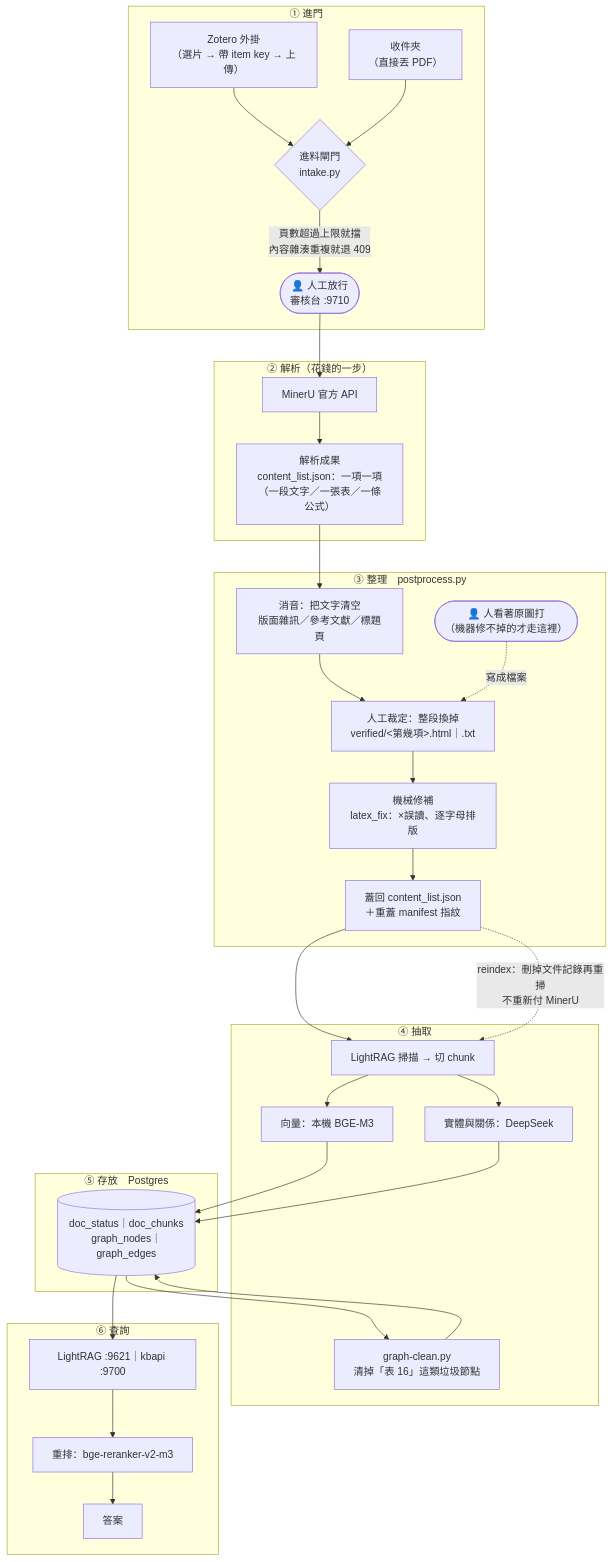
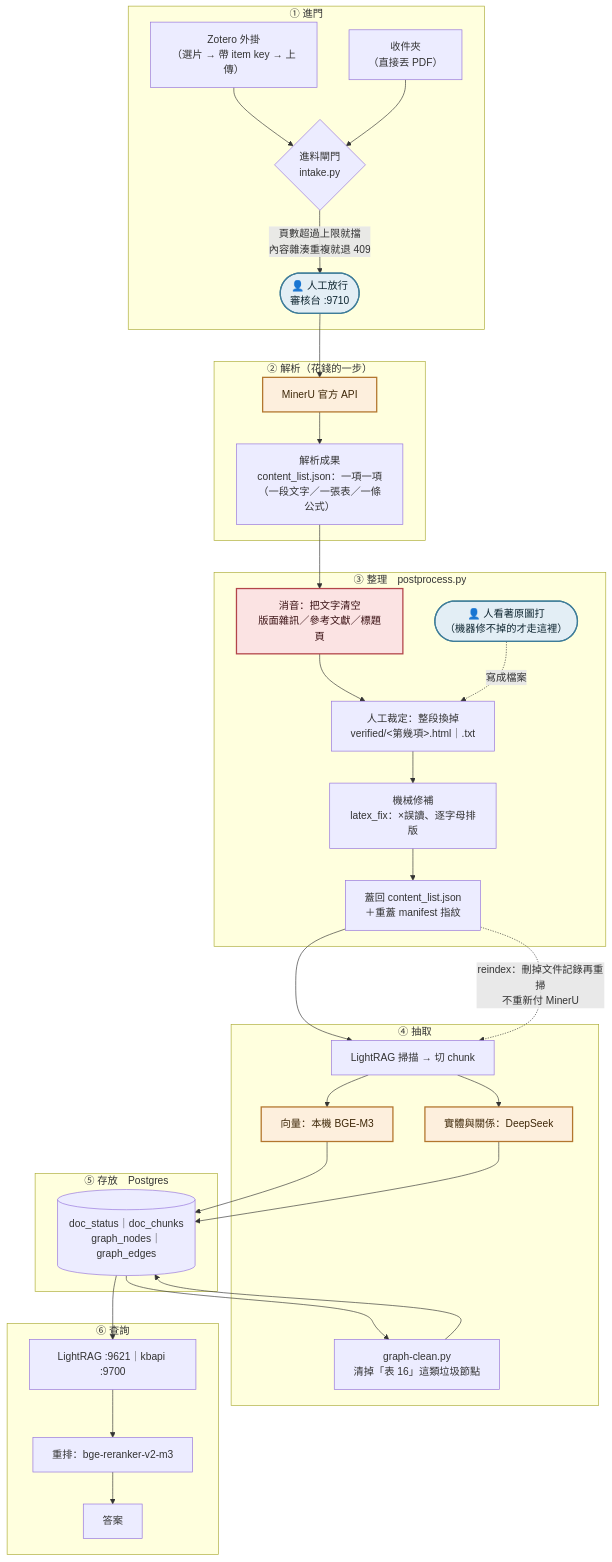
One commit to neknufelet/lightrag changed the first of 2 diagrams in cairn/pipeline.md. Above: the diagram before and after it, drawn with Mermaid. The commit also changed other lines of this file and 1 other file, not shown here.

First line of the commit message:
fix(cairn): 圖上有底色的框在深色模式看不見 —— 補上文字顏色

````diff
--- a/cairn/pipeline.md
+++ b/cairn/pipeline.md
@@ -26,62 +26,69 @@
 ```mermaid
 flowchart TD
     subgraph IN["① 進門"]
         Z["Zotero 外掛<br/>（選片 → 帶 item key → 上傳）"]
         INBOX["收件夾<br/>（直接丟 PDF）"]
         GATE1{"進料閘門<br/>intake.py"}
         HUMAN1(["👤 人工放行<br/>審核台 :9710"])
     end
 
     subgraph PARSE["② 解析（花錢的一步）"]
         MINERU["MinerU 官方 API"]
         RAW["解析成果<br/>content_list.json：一項一項<br/>（一段文字／一張表／一條公式）"]
     end
 
     subgraph POST["③ 整理　postprocess.py"]
         MUTE["消音：把文字清空<br/>版面雜訊／參考文獻／標題頁"]
         CURATED["人工裁定：整段換掉<br/>verified/&lt;第幾項&gt;.html｜.txt"]
         FIX["機械修補<br/>latex_fix：×誤讀、逐字母排版"]
         HUMAN2(["👤 人看著原圖打<br/>（機器修不掉的才走這裡）"])
         STAMP["蓋回 content_list.json<br/>＋重蓋 manifest 指紋"]
     end
 
     subgraph EXTRACT["④ 抽取"]
         SCAN["LightRAG 掃描 → 切 chunk"]
         EMB["向量：本機 BGE-M3"]
         LLM["實體與關係：DeepSeek"]
         CLEAN["graph-clean.py<br/>清掉「表 16」這類垃圾節點"]
     end
 
     subgraph STORE["⑤ 存放　Postgres"]
         DB[("doc_status｜doc_chunks<br/>graph_nodes｜graph_edges")]
     end
 
     subgraph QUERY["⑥ 查詢"]
         API["LightRAG :9621｜kbapi :9700"]
         RERANK["重排：bge-reranker-v2-m3"]
         ANS["答案"]
     end
 
     Z --> GATE1
     INBOX --> GATE1
     GATE1 -->|"頁數超過上限就擋<br/>內容雜湊重複就退 409"| HUMAN1
     HUMAN1 --> MINERU
     MINERU --> RAW
     RAW --> MUTE
     MUTE --> CURATED
     HUMAN2 -.寫成檔案.-> CURATED
     CURATED --> FIX
     FIX --> STAMP
     STAMP --> SCAN
     SCAN --> EMB
     SCAN --> LLM
     EMB --> DB
     LLM --> DB
     DB --> CLEAN
     CLEAN --> DB
     DB --> API
     API --> RERANK
     RERANK --> ANS
 
     STAMP -.->|"reindex：刪掉文件記錄再重掃<br/>不重新付 MinerU"| SCAN
+
+    classDef human fill:#e3eef5,stroke:#3f7d99,stroke-width:2px,color:#0e2530
+    classDef paid fill:#fdefdd,stroke:#b3762e,stroke-width:2px,color:#3d2708
+    classDef cut fill:#fbe3e3,stroke:#b3454a,stroke-width:2px,color:#3a1114
+    class HUMAN1,HUMAN2 human
+    class MINERU,LLM,EMB paid
+    class MUTE cut
 ```
````
